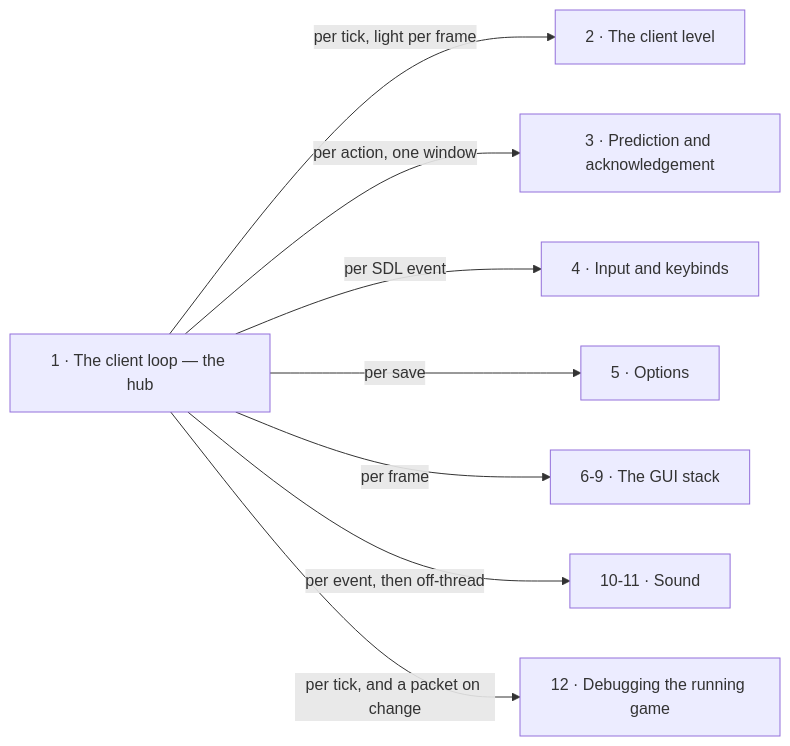
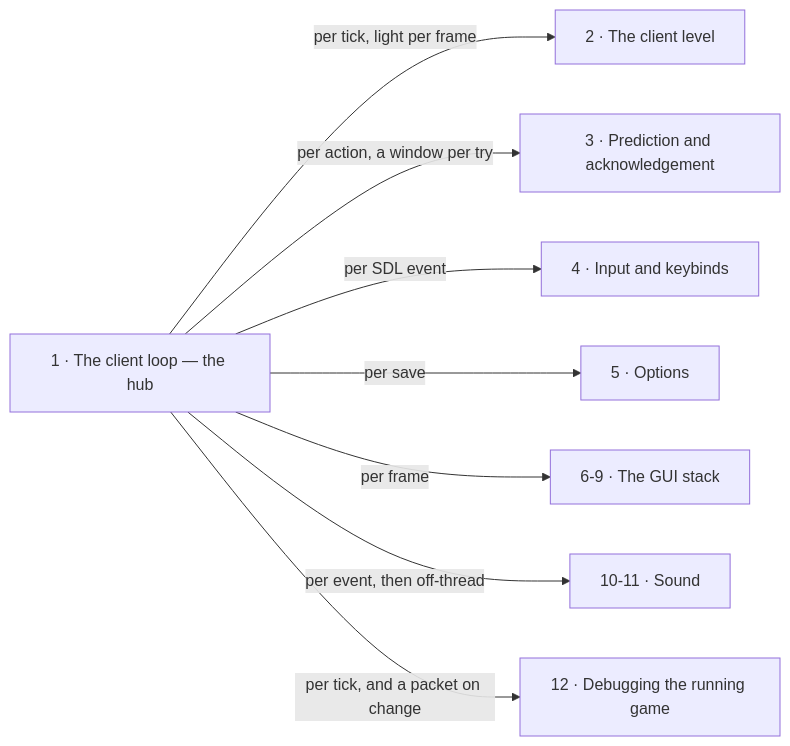
Before and after one commit to AlexanderjFraser/MinecraftDocs: the diagram in src/systems/client/README.md, drawn with Mermaid. The commit also changed other lines of this file and 33 other files, not shown here.

````diff
--- a/src/systems/client/README.md
+++ b/src/systems/client/README.md
@@ -28,18 +26,18 @@
 ```mermaid
 flowchart LR
     LOOP["1 · The client loop — the hub"]
     LEVEL["2 · The client level"]
     PRED["3 · Prediction and acknowledgement"]
     INPUT["4 · Input and keybinds"]
     OPT["5 · Options"]
     GUI["6-9 · The GUI stack"]
     SND["10-11 · Sound"]
     DBG["12 · Debugging the running game"]
     LOOP -- "per tick, light per frame" --> LEVEL
-    LOOP -- "per action, one window" --> PRED
+    LOOP -- "per action, a window per try" --> PRED
     LOOP -- "per SDL event" --> INPUT
     LOOP -- "per save" --> OPT
     LOOP -- "per frame" --> GUI
     LOOP -- "per event, then off-thread" --> SND
     LOOP -- "per tick, and a packet on change" --> DBG
 ```
````
